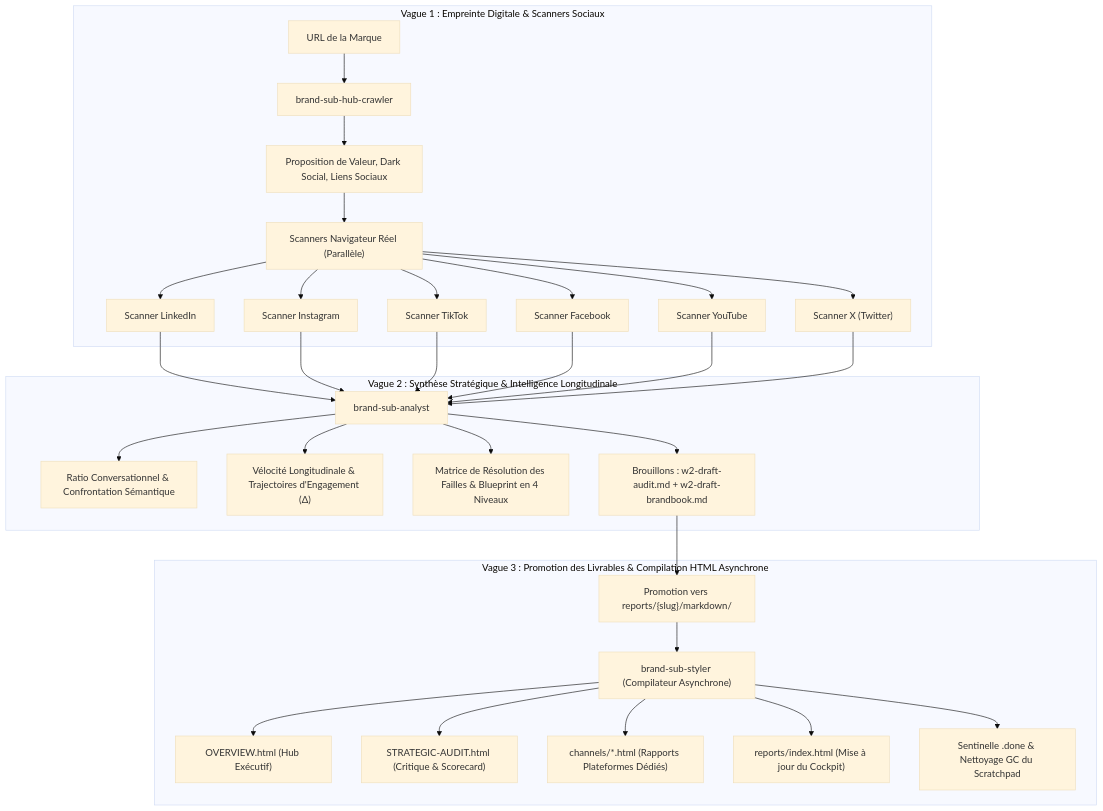
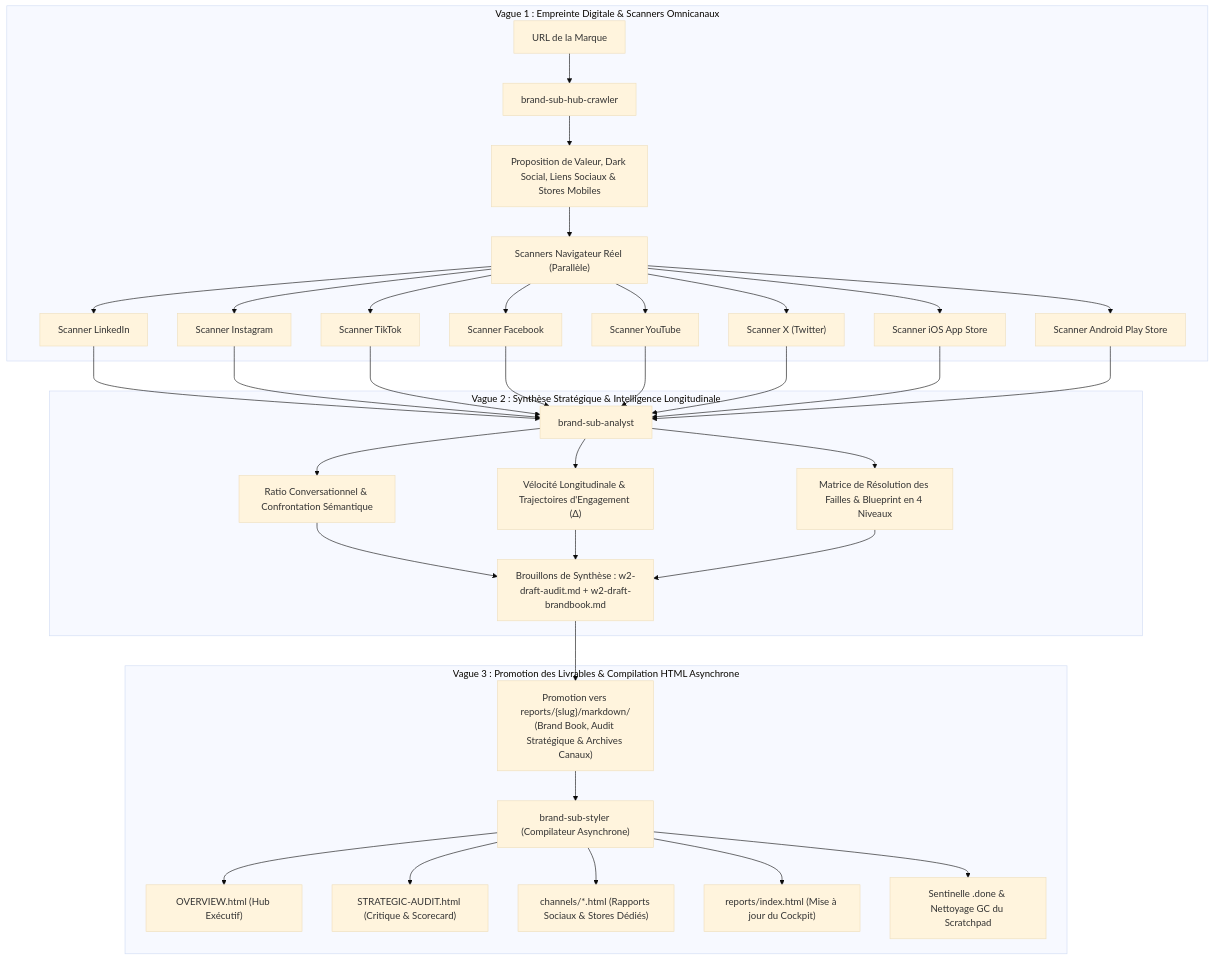
Before and after one commit to nicolasvd/brand-agents-agy: the diagram in README.fr.md, drawn with Mermaid (base theme). The commit also changed other lines of this file and 16 other files, not shown here.

First line of the commit message:
feat: Add iOS App Store & Android Google Play Store scanners with multi-model calibration (#2)

````diff
--- a/README.fr.md
+++ b/README.fr.md
@@ -46,32 +46,34 @@
 ```mermaid
 flowchart TD
-    subgraph Wave1["Vague 1 : Empreinte Digitale & Scanners Sociaux"]
+    subgraph Wave1["Vague 1 : Empreinte Digitale & Scanners Omnicanaux"]
         A["URL de la Marque"] --> B["brand-sub-hub-crawler"]
-        B --> C["Proposition de Valeur, Dark Social, Liens Sociaux"]
+        B --> C["Proposition de Valeur, Dark Social, Liens Sociaux & Stores Mobiles"]
         C --> D["Scanners Navigateur Réel (Parallèle)"]
         D --> D1["Scanner LinkedIn"]
         D --> D2["Scanner Instagram"]
         D --> D3["Scanner TikTok"]
         D --> D4["Scanner Facebook"]
         D --> D5["Scanner YouTube"]
         D --> D6["Scanner X (Twitter)"]
+        D --> D7["Scanner iOS App Store"]
+        D --> D8["Scanner Android Play Store"]
     end
 
     subgraph Wave2["Vague 2 : Synthèse Stratégique & Intelligence Longitudinale"]
-        D1 & D2 & D3 & D4 & D5 & D6 --> E["brand-sub-analyst"]
+        D1 & D2 & D3 & D4 & D5 & D6 & D7 & D8 --> E["brand-sub-analyst"]
         E --> F["Ratio Conversationnel & Confrontation Sémantique"]
         E --> G["Vélocité Longitudinale & Trajectoires d'Engagement (Δ)"]
         E --> H["Matrice de Résolution des Failles & Blueprint en 4 Niveaux"]
-        E --> I["Brouillons : w2-draft-audit.md + w2-draft-brandbook.md"]
+        F & G & H --> I["Brouillons de Synthèse : w2-draft-audit.md + w2-draft-brandbook.md"]
     end
 
     subgraph Wave3["Vague 3 : Promotion des Livrables & Compilation HTML Asynchrone"]
-        I --> J["Promotion vers reports/{slug}/markdown/"]
+        I --> J["Promotion vers reports/{slug}/markdown/<br/>(Brand Book, Audit Stratégique & Archives Canaux)"]
         J --> K["brand-sub-styler (Compilateur Asynchrone)"]
         K --> L["OVERVIEW.html (Hub Exécutif)"]
         K --> M["STRATEGIC-AUDIT.html (Critique & Scorecard)"]
-        K --> N["channels/*.html (Rapports Plateformes Dédiés)"]
+        K --> N["channels/*.html (Rapports Sociaux & Stores Dédiés)"]
         K --> O["reports/index.html (Mise à jour du Cockpit)"]
         K --> P["Sentinelle .done & Nettoyage GC du Scratchpad"]
     end
 ```
````
